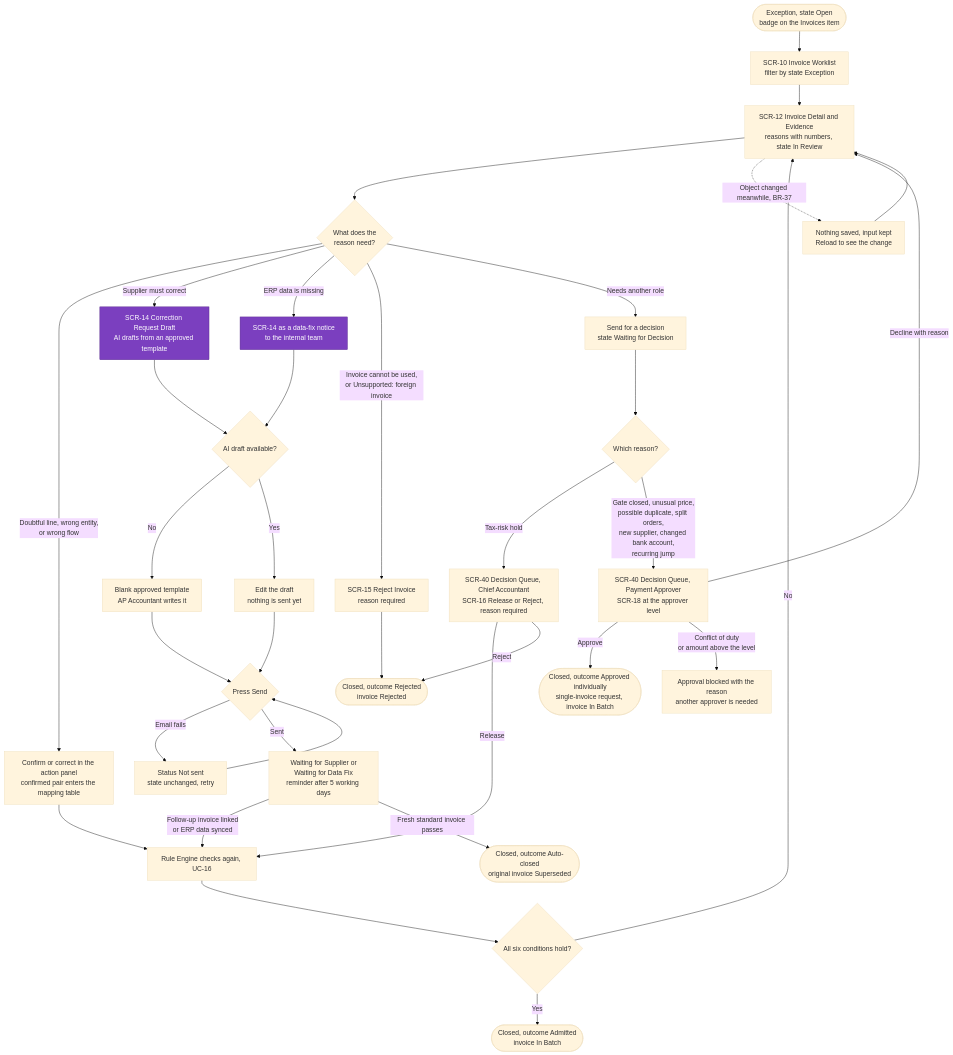
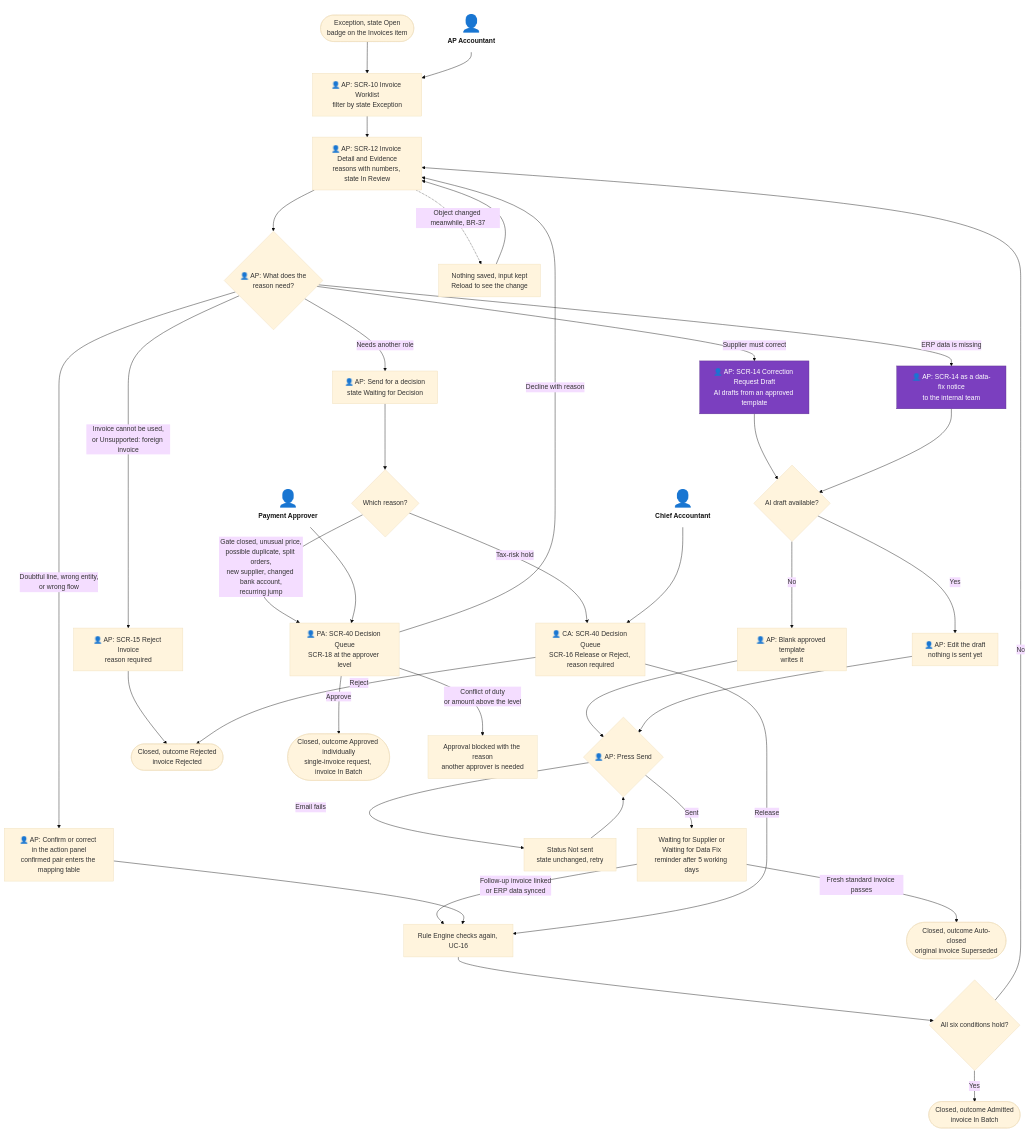
The second of 4 diagrams in docs/03-information-architecture/05-user-flows.md (minhtuann1102/MatchPay), drawn with Mermaid (base theme) before and after one commit. The commit also changed other lines of this file and 6 other files, not shown here.

First line of the commit message:
docs: show actors in use case, sitemap, and user flow diagrams

````diff
--- a/docs/03-information-architecture/05-user-flows.md
+++ b/docs/03-information-architecture/05-user-flows.md
@@ -64,44 +70,52 @@
 ```mermaid
 flowchart TD
-    start(["Exception, state Open<br/>badge on the Invoices item"]) --> list["SCR-10 Invoice Worklist<br/>filter by state Exception"]
-    list --> detail["SCR-12 Invoice Detail and Evidence<br/>reasons with numbers, state In Review"]
-    detail --> kind{"What does the<br/>reason need?"}
+    actAp["<span style='font-size:40px'>👤</span><br/><b>AP Accountant</b>"]:::actor
+    actCa["<span style='font-size:40px'>👤</span><br/><b>Chief Accountant</b>"]:::actor
+    actPa["<span style='font-size:40px'>👤</span><br/><b>Payment Approver</b>"]:::actor
+    start(["Exception, state Open<br/>badge on the Invoices item"]) --> list["👤 AP: SCR-10 Invoice Worklist<br/>filter by state Exception"]
+    list --> detail["👤 AP: SCR-12 Invoice Detail and Evidence<br/>reasons with numbers, state In Review"]
+    detail --> kind{"👤 AP: What does the<br/>reason need?"}
 
-    kind -->|"Doubtful line, wrong entity,<br/>or wrong flow"| fix["Confirm or correct in the action panel<br/>confirmed pair enters the mapping table"]
-    kind -->|"Supplier must correct"| draft["SCR-14 Correction Request Draft<br/>AI drafts from an approved template"]:::ai
-    kind -->|"ERP data is missing"| notice["SCR-14 as a data-fix notice<br/>to the internal team"]:::ai
-    kind -->|"Invoice cannot be used,<br/>or Unsupported: foreign invoice"| reject["SCR-15 Reject Invoice<br/>reason required"]
-    kind -->|"Needs another role"| route["Send for a decision<br/>state Waiting for Decision"]
+    kind -->|"Doubtful line, wrong entity,<br/>or wrong flow"| fix["👤 AP: Confirm or correct in the action panel<br/>confirmed pair enters the mapping table"]
+    kind -->|"Supplier must correct"| draft["👤 AP: SCR-14 Correction Request Draft<br/>AI drafts from an approved template"]:::ai
+    kind -->|"ERP data is missing"| notice["👤 AP: SCR-14 as a data-fix notice<br/>to the internal team"]:::ai
+    kind -->|"Invoice cannot be used,<br/>or Unsupported: foreign invoice"| reject["👤 AP: SCR-15 Reject Invoice<br/>reason required"]
+    kind -->|"Needs another role"| route["👤 AP: Send for a decision<br/>state Waiting for Decision"]
 
     draft --> aiok{"AI draft available?"}
     notice --> aiok
-    aiok -->|"No"| blank["Blank approved template<br/>AP Accountant writes it"]
-    aiok -->|"Yes"| edit["Edit the draft<br/>nothing is sent yet"]
+    aiok -->|"No"| blank["👤 AP: Blank approved template<br/>writes it"]
+    aiok -->|"Yes"| edit["👤 AP: Edit the draft<br/>nothing is sent yet"]
     blank --> send
-    edit --> send{"Press Send"}
+    edit --> send{"👤 AP: Press Send"}
     send -->|"Email fails"| notsent["Status Not sent<br/>state unchanged, retry"]
     notsent --> send
     send -->|"Sent"| waitsup["Waiting for Supplier or<br/>Waiting for Data Fix<br/>reminder after 5 working days"]
     waitsup -->|"Follow-up invoice linked<br/>or ERP data synced"| recheck
     waitsup -->|"Fresh standard invoice passes"| auto(["Closed, outcome Auto-closed<br/>original invoice Superseded"])
 
     fix --> recheck["Rule Engine checks again, UC-16"]
     reject --> rejected(["Closed, outcome Rejected<br/>invoice Rejected"])
     recheck --> pass{"All six conditions hold?"}
     pass -->|"Yes"| admitted(["Closed, outcome Admitted<br/>invoice In Batch"])
     pass -->|"No"| detail
 
     route --> who{"Which reason?"}
-    who -->|"Tax-risk hold"| hold["SCR-40 Decision Queue, Chief Accountant<br/>SCR-16 Release or Reject, reason required"]
-    who -->|"Gate closed, unusual price,<br/>possible duplicate, split orders,<br/>new supplier, changed bank account,<br/>recurring jump"| approver["SCR-40 Decision Queue, Payment Approver<br/>SCR-18 at the approver level"]
+    who -->|"Tax-risk hold"| hold["👤 CA: SCR-40 Decision Queue<br/>SCR-16 Release or Reject, reason required"]
+    who -->|"Gate closed, unusual price,<br/>possible duplicate, split orders,<br/>new supplier, changed bank account,<br/>recurring jump"| approver["👤 PA: SCR-40 Decision Queue<br/>SCR-18 at the approver level"]
     hold -->|"Release"| recheck
     hold -->|"Reject"| rejected
     approver -->|"Approve"| approved(["Closed, outcome Approved individually<br/>single-invoice request, invoice In Batch"])
     approver -->|"Decline with reason"| detail
     approver -->|"Conflict of duty<br/>or amount above the level"| blocked["Approval blocked with the reason<br/>another approver is needed"]
 
     detail -.->|"Object changed meanwhile, BR-37"| reload["Nothing saved, input kept<br/>Reload to see the change"]
     reload --> detail
 
+    actAp --> list
+    actCa --> hold
+    actPa --> approver
+
+    classDef actor fill:none,stroke:none,color:#111
     classDef ai fill:#7b3fbf,color:#fff,stroke:#5a2d8c
 ```
````
